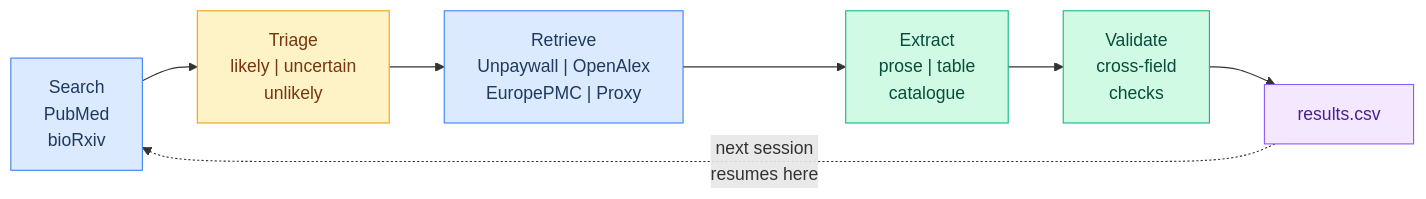
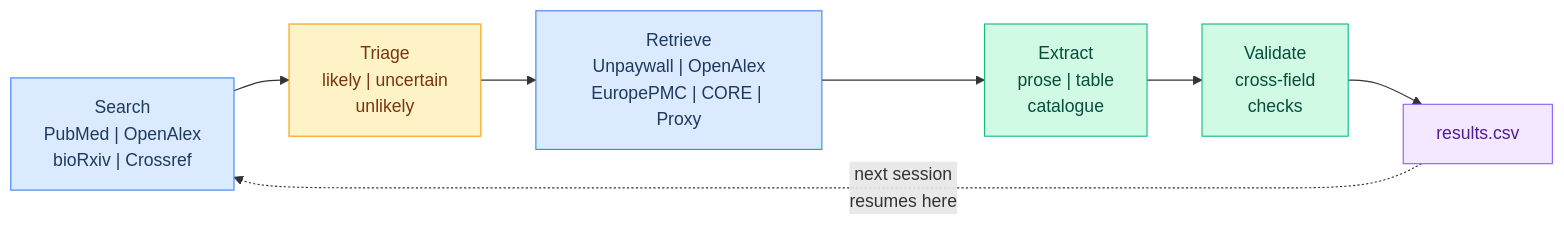
One commit to coleoguy/TraitTrawler changed the diagram in README.md. Above: the diagram before and after it, drawn with Mermaid. The commit also changed other lines of this file and 34 other files, not shown here.

````diff
--- a/README.md
+++ b/README.md
@@ -68,16 +68,16 @@
 ```mermaid
 flowchart LR
-    A["Search\nPubMed\nbioRxiv"] --> B["Triage\nlikely | uncertain\nunlikely"]
-    B --> C["Retrieve\nUnpaywall | OpenAlex\nEuropePMC | Proxy"]
+    A["Search\nPubMed | OpenAlex\nbioRxiv | Crossref"] --> B["Triage\nlikely | uncertain\nunlikely"]
+    B --> C["Retrieve\nUnpaywall | OpenAlex\nEuropePMC | CORE | Proxy"]
     C --> D["Extract\nprose | table\ncatalogue"]
     D --> E["Validate\ncross-field\nchecks"]
     E --> F["results.csv"]
     F -.->|"next session\nresumes here"| A
 
     style A fill:#dbeafe,stroke:#3b82f6,color:#1e3a5f
     style B fill:#fef3c7,stroke:#f59e0b,color:#78350f
     style C fill:#dbeafe,stroke:#3b82f6,color:#1e3a5f
     style D fill:#d1fae5,stroke:#10b981,color:#064e3b
     style E fill:#d1fae5,stroke:#10b981,color:#064e3b
     style F fill:#f3e8ff,stroke:#8b5cf6,color:#4c1d95
 ```
````
